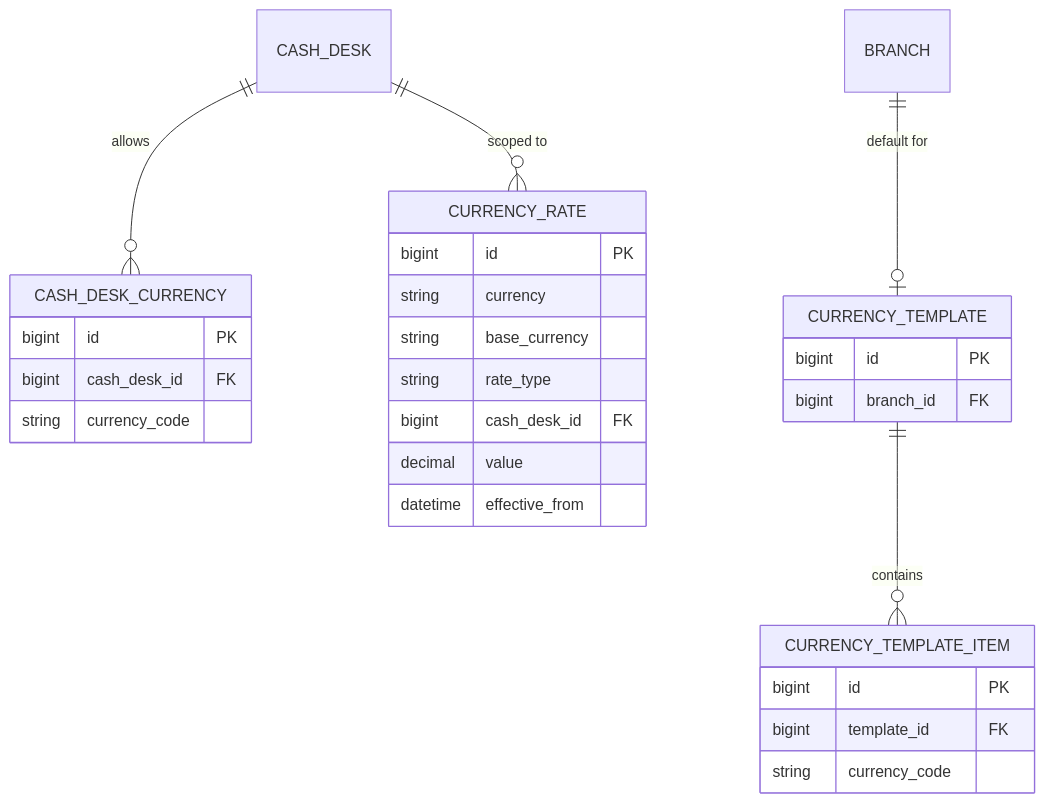
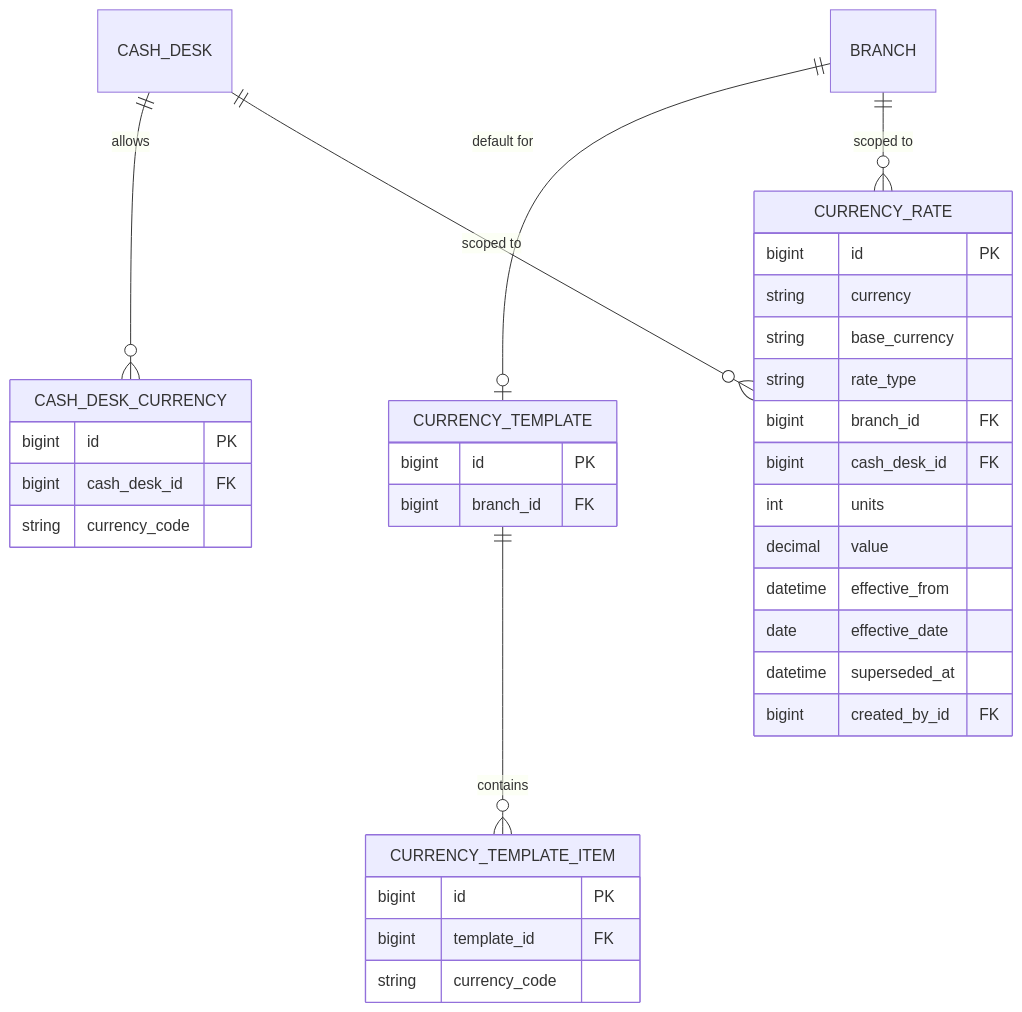
Before and after one commit to const-neshumaev/bank-cash-ops: the fourth of 5 diagrams in docs/architecture-module-core.md, drawn with Mermaid. The commit also changed other lines of this file and 64 other files, not shown here.

First line of the commit message:
Add currency rate setting with units and pairs

````diff
--- a/docs/architecture-module-core.md
+++ b/docs/architecture-module-core.md
@@ -209,30 +250,36 @@
 ```mermaid
 erDiagram
     CASH_DESK_CURRENCY {
         bigint id PK
         bigint cash_desk_id FK
         string currency_code
     }
     CURRENCY_TEMPLATE {
         bigint id PK
         bigint branch_id FK
     }
     CURRENCY_TEMPLATE_ITEM {
         bigint id PK
         bigint template_id FK
         string currency_code
     }
     CURRENCY_RATE {
         bigint id PK
         string currency
         string base_currency
         string rate_type
+        bigint branch_id FK
         bigint cash_desk_id FK
+        int units
         decimal value
         datetime effective_from
+        date effective_date
+        datetime superseded_at
+        bigint created_by_id FK
     }
     CASH_DESK ||--o{ CASH_DESK_CURRENCY : allows
     BRANCH ||--o| CURRENCY_TEMPLATE : "default for"
     CURRENCY_TEMPLATE ||--o{ CURRENCY_TEMPLATE_ITEM : contains
+    BRANCH ||--o{ CURRENCY_RATE : "scoped to"
     CASH_DESK ||--o{ CURRENCY_RATE : "scoped to"
 ```
````
